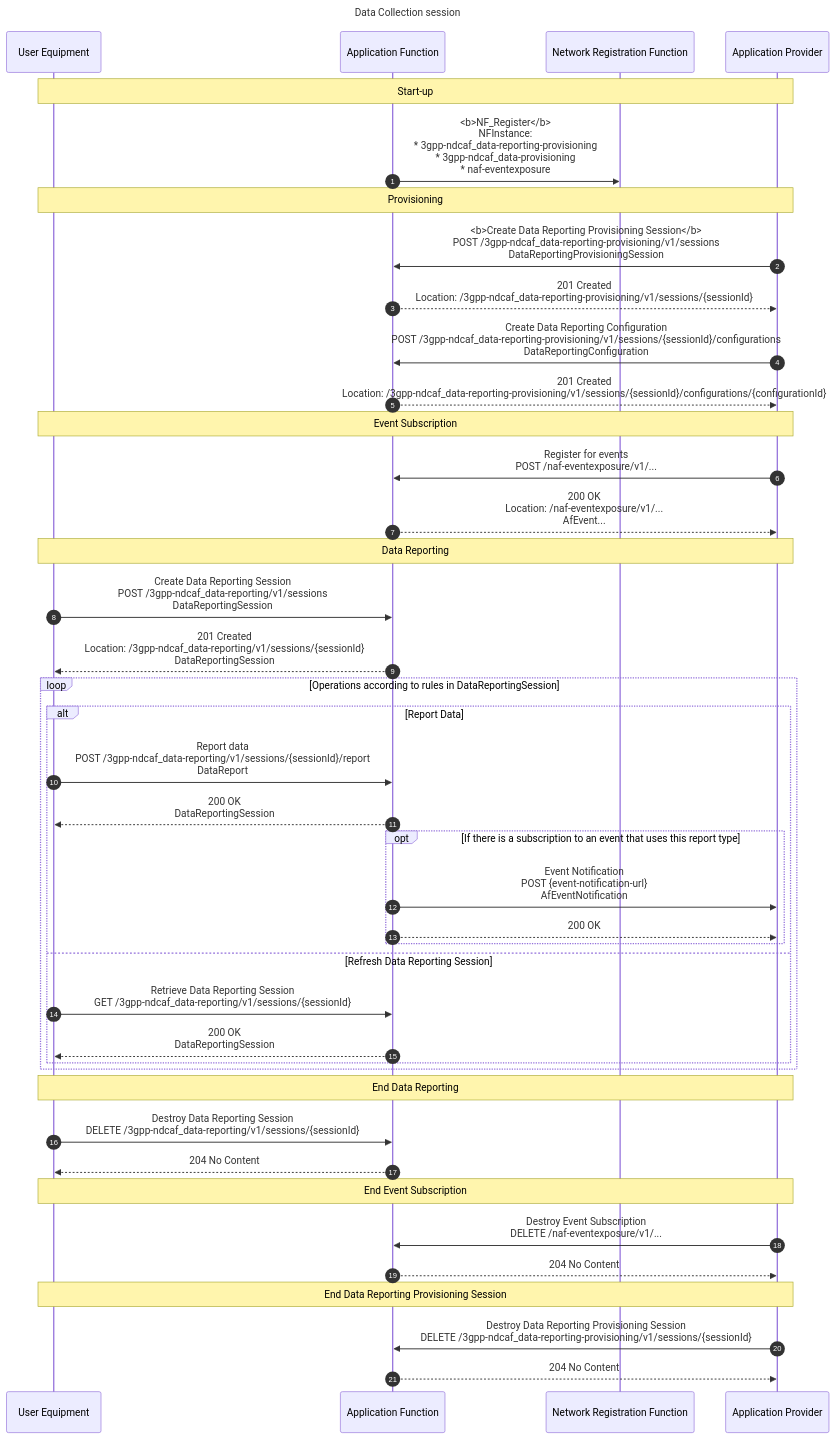
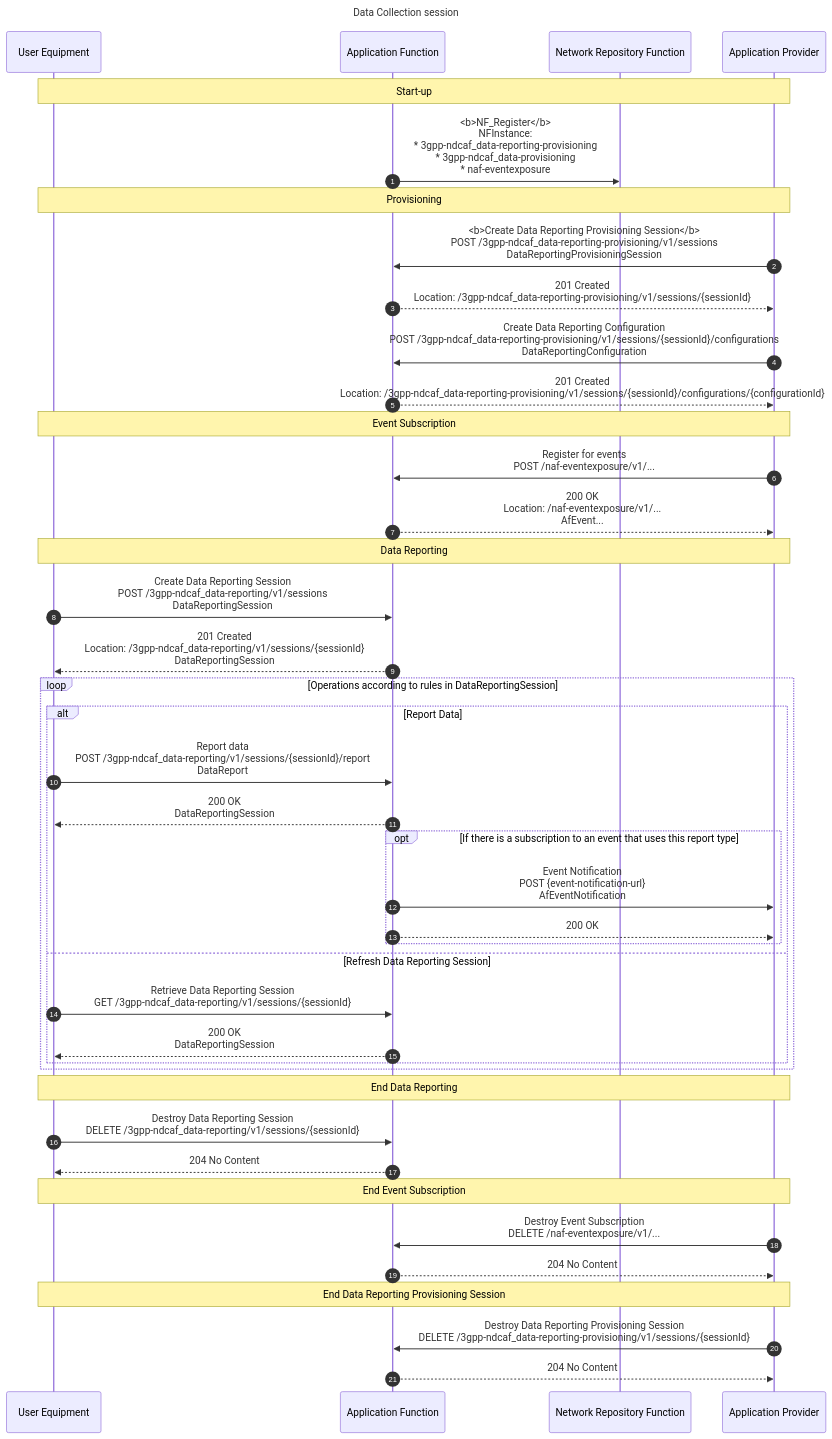
Before and after one commit to 5G-MAG/rt-data-collection-application-function: the diagram in docs/HTTP-APIs-sequence.mmd, drawn with Mermaid. The commit also changed 1 other file, not shown here.

```diff
--- a/docs/HTTP-APIs-sequence.mmd
+++ b/docs/HTTP-APIs-sequence.mmd
@@ -1,57 +1,57 @@
 sequenceDiagram
 autonumber
 title Data Collection session
 
 participant UE as User Equipment
 participant AF as Application Function
-participant NRF as Network Registration Function
+participant NRF as Network Repository Function
 participant AP as Application Provider
 
 %% == Start-up ==
 note over UE,AP: Start-up
 AF ->> NRF: <b>NF_Register</b><br/>NFInstance:<br/> * 3gpp-ndcaf_data-reporting-provisioning<br/> * 3gpp-ndcaf_data-provisioning<br/> * naf-eventexposure
 
 %% == Provisioning ==
 note over UE,AP: Provisioning
 AP ->> AF: <b>Create Data Reporting Provisioning Session</b><br/>POST /3gpp-ndcaf_data-reporting-provisioning/v1/sessions<br/>DataReportingProvisioningSession
 AF -->> AP: 201 Created<br/>Location: /3gpp-ndcaf_data-reporting-provisioning/v1/sessions/{sessionId}
 AP ->> AF: Create Data Reporting Configuration<br/>POST /3gpp-ndcaf_data-reporting-provisioning/v1/sessions/{sessionId}/configurations<br/>DataReportingConfiguration
 AF -->> AP: 201 Created<br/>Location: /3gpp-ndcaf_data-reporting-provisioning/v1/sessions/{sessionId}/configurations/{configurationId}
 
 %% == Event Subscription ==
 note over UE,AP: Event Subscription
 AP ->> AF: Register for events<br/>POST /naf-eventexposure/v1/...
 AF -->> AP: 200 OK<br/>Location: /naf-eventexposure/v1/...<br/>AfEvent...
 
 %% == Data Reporting ==
 note over UE,AP: Data Reporting
 UE ->> AF: Create Data Reporting Session<br/>POST /3gpp-ndcaf_data-reporting/v1/sessions<br/>DataReportingSession
 AF -->> UE: 201 Created<br/>Location: /3gpp-ndcaf_data-reporting/v1/sessions/{sessionId}<br/>DataReportingSession
 loop Operations according to rules in DataReportingSession
   alt Report Data
     UE ->> AF: Report data<br/>POST /3gpp-ndcaf_data-reporting/v1/sessions/{sessionId}/report<br/>DataReport
     AF -->> UE: 200 OK<br/>DataReportingSession
     opt If there is a subscription to an event that uses this report type
       AF ->> AP: Event Notification<br/>POST {event-notification-url}<br/>AfEventNotification
       AF -->> AP: 200 OK
     end
   else Refresh Data Reporting Session
     UE ->> AF: Retrieve Data Reporting Session<br/>GET /3gpp-ndcaf_data-reporting/v1/sessions/{sessionId}
     AF -->> UE: 200 OK<br/>DataReportingSession
   end
 end
 
 %% == End Data Reporting ==
 note over UE,AP: End Data Reporting
 UE ->> AF: Destroy Data Reporting Session<br/>DELETE /3gpp-ndcaf_data-reporting/v1/sessions/{sessionId}
 AF -->> UE: 204 No Content
 
 %% == End Event Subscription ==
 note over UE,AP: End Event Subscription
 AP ->> AF: Destroy Event Subscription<br/>DELETE /naf-eventexposure/v1/...
 AF -->> AP: 204 No Content
 
 %% == End Data Reporting Provisioning Session ==
 note over UE,AP: End Data Reporting Provisioning Session
 AP ->> AF: Destroy Data Reporting Provisioning Session<br/>DELETE /3gpp-ndcaf_data-reporting-provisioning/v1/sessions/{sessionId}
 AF -->> AP: 204 No Content
```
